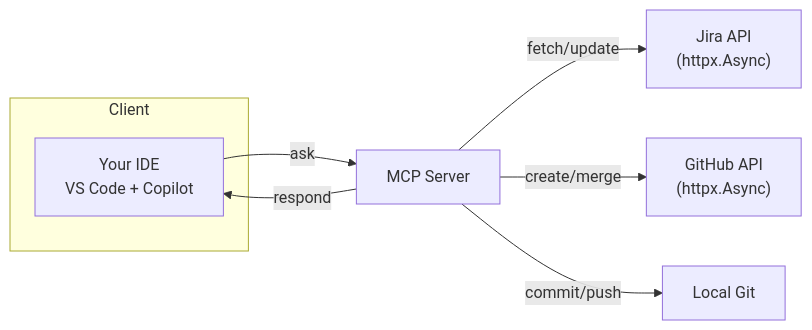
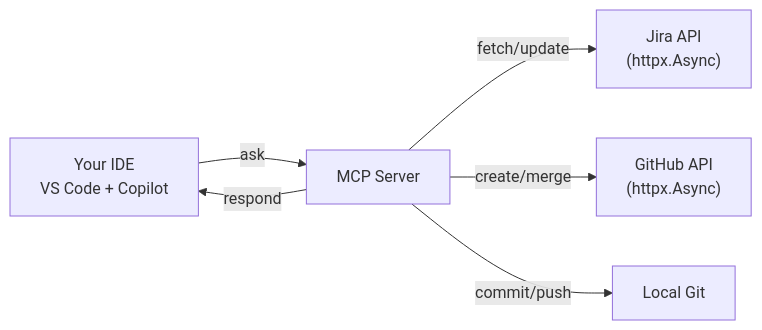
The diagram in README.md (TamarEngel/jira-github-mcp), drawn with Mermaid before and after one commit.

````diff
--- a/README.md
+++ b/README.md
@@ -179,19 +179,18 @@
 ```mermaid
 graph LR
-    subgraph Client
-        IDE["Your IDE<br/>VS Code + Copilot"]
-    end
+   IDE["Your IDE<br/>VS Code + Copilot"]
+    
 
     MCP["MCP Server"]
     JIRA["Jira API<br/>(httpx.Async)"]
     GITHUB["GitHub API<br/>(httpx.Async)"]
     GIT["Local Git"]
 
     IDE -->|ask| MCP
     MCP -->|respond| IDE
     MCP -->|fetch/update| JIRA
     MCP -->|create/merge| GITHUB
     MCP -->|commit/push| GIT
 
 
 ```
````
